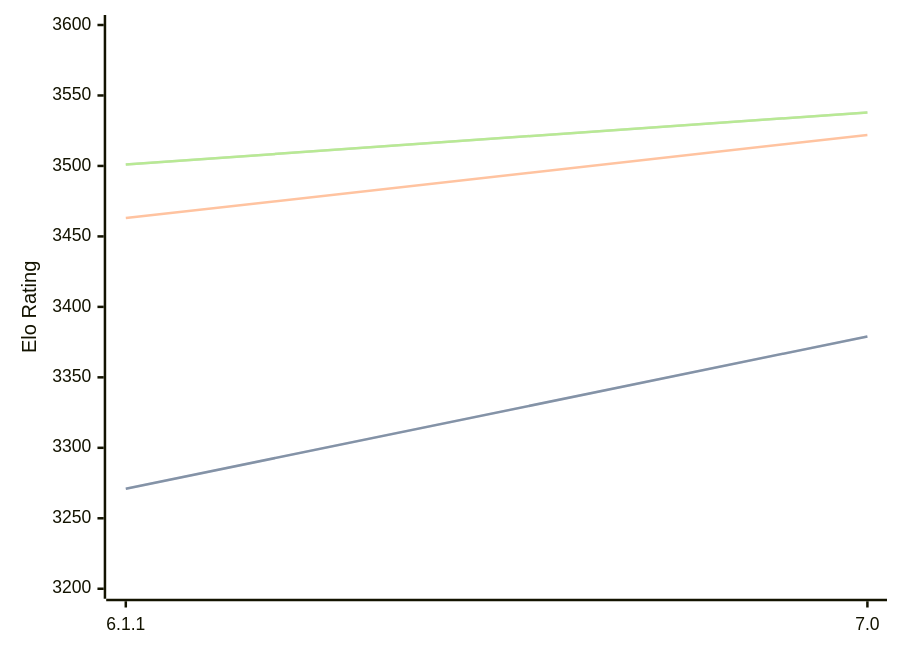
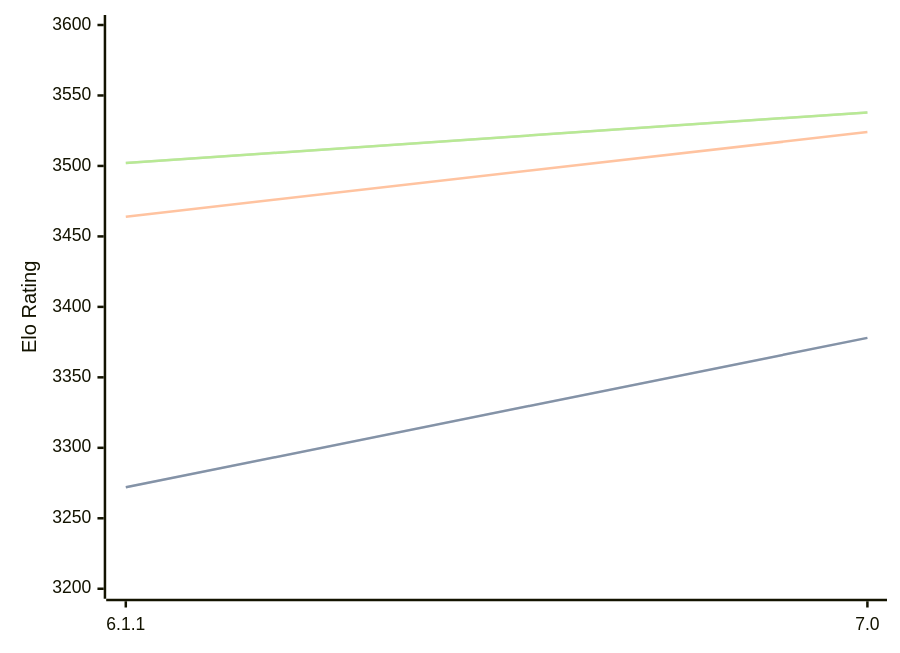
The diagram in engines/Astra.md (computer-chess-index/cci), drawn with Mermaid before and after one commit. The commit also changed other lines of this file, not shown here.

Commit message:
Update CCI Ratings (ELO VLTC) - 2026-07-29

````diff
--- a/engines/Astra.md
+++ b/engines/Astra.md
@@ -44,11 +44,11 @@
 ```mermaid
 %%{init: {"theme":"base","themeVariables":{"seriesColors:['#a3a3a3','#222221','#faa371']}}}%%
 xychart-beta
   x-axis ["6.1.1", "7.0"]
   y-axis "Elo Rating" 3200 --> 3600
-  line "STC (8.0+0.08s)" [3271, 3379]
-  line "STC (8.0+0.08s)" [3271, 3379]
-  line "LTC (60.0+0.60s)" [3463, 3522]
-  line "VLTC (2m24s+1.12s)" [3501, 3538]
-  line "VLTC (2m24s+1.12s)" [3501, 3538]
+  line "STC (8.0+0.08s)" [3272, 3378]
+  line "STC (8.0+0.08s)" [3272, 3378]
+  line "LTC (60.0+0.60s)" [3464, 3524]
+  line "VLTC (2m24s+1.12s)" [3502, 3538]
+  line "VLTC (2m24s+1.12s)" [3502, 3538]
 ```
````
